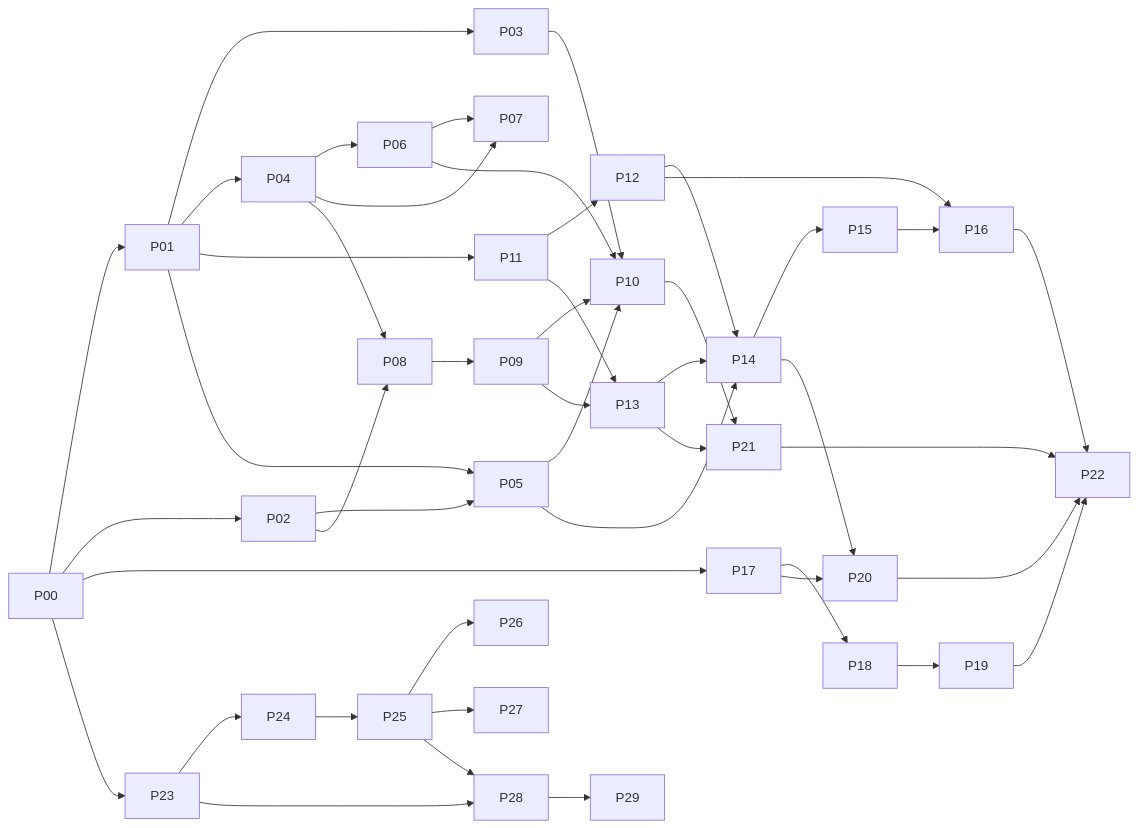
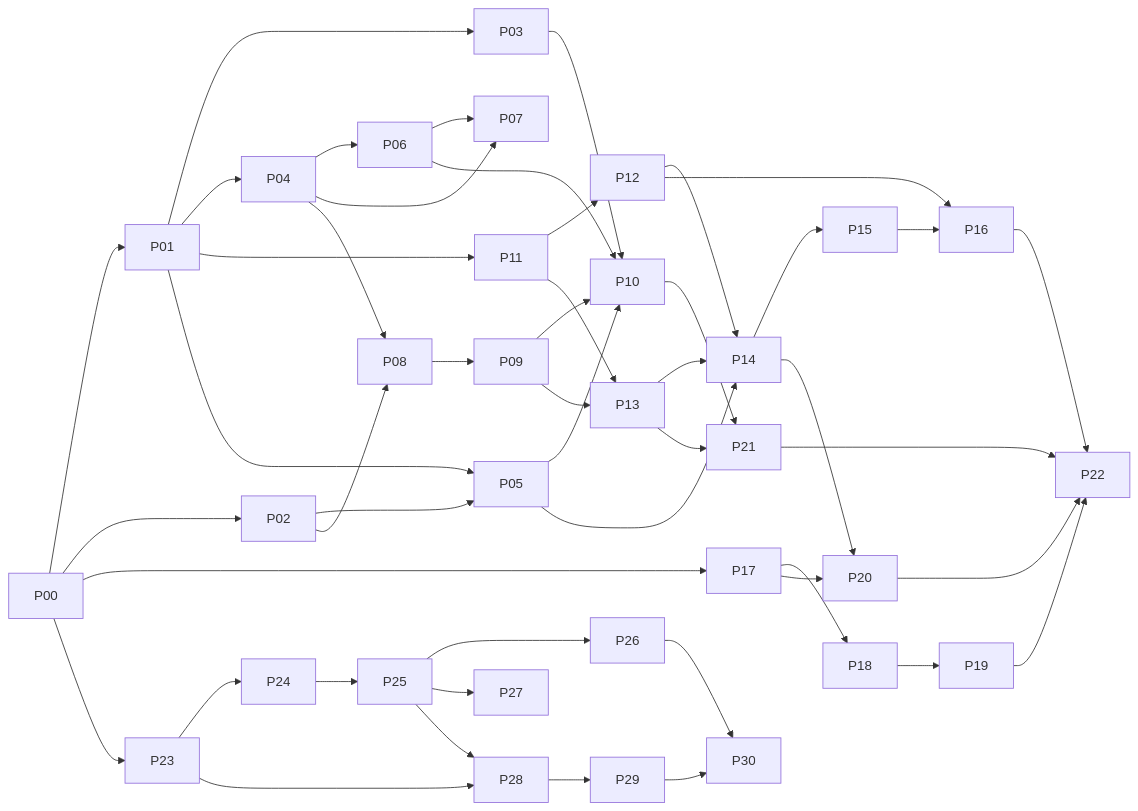
Before and after one commit to Kitalon-Labs-LLC/neogold: the diagram in docs/14_Build_Plan.md, drawn with Mermaid. The commit also changed other lines of this file and 16 other files, not shown here.

````diff
--- a/docs/14_Build_Plan.md
+++ b/docs/14_Build_Plan.md
@@ -69,48 +70,50 @@
 ```mermaid
 flowchart LR
     P00 --> P01
     P00 --> P02
     P00 --> P17
     P00 --> P23
     P23 --> P24
     P24 --> P25
     P25 --> P26
     P25 --> P27
     P23 --> P28
     P25 --> P28
     P28 --> P29
+    P26 --> P30
+    P29 --> P30
     P01 --> P03
     P01 --> P04
     P01 --> P11
     P02 --> P05
     P01 --> P05
     P04 --> P06
     P04 --> P07
     P06 --> P07
     P02 --> P08
     P04 --> P08
     P08 --> P09
     P03 --> P10
     P05 --> P10
     P06 --> P10
     P09 --> P10
     P11 --> P12
     P09 --> P13
     P11 --> P13
     P05 --> P14
     P12 --> P14
     P13 --> P14
     P14 --> P15
     P12 --> P16
     P15 --> P16
     P17 --> P18
     P18 --> P19
     P14 --> P20
     P17 --> P20
     P10 --> P21
     P13 --> P21
     P16 --> P22
     P19 --> P22
     P20 --> P22
     P21 --> P22
 ```
````
